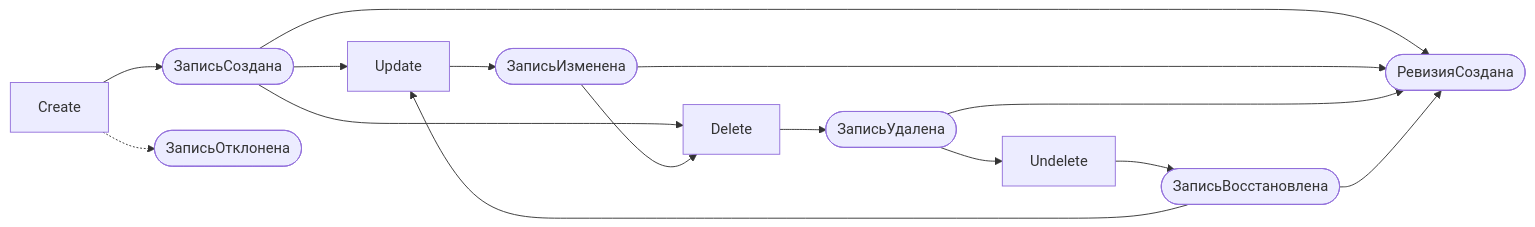
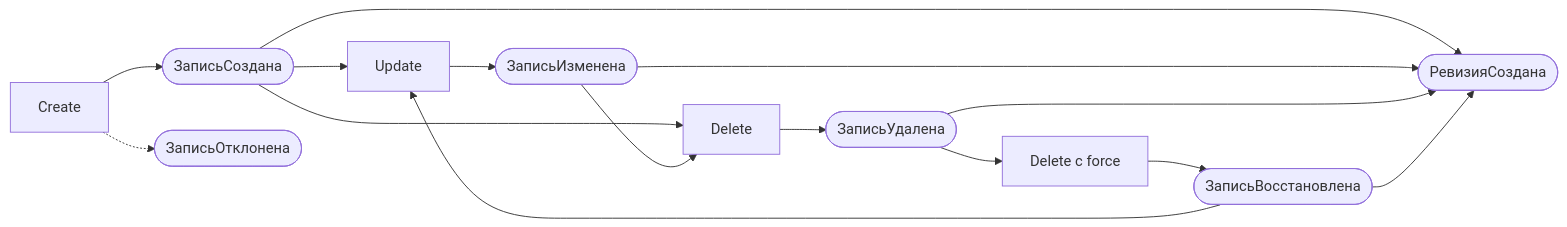
Before and after one commit to MEPhI-C22-501/arch-info-system-monorepo: the second of 3 diagrams in reference-manager/documents/040.event-storming.md, drawn with Mermaid. The commit also changed other lines of this file and 27 other files, not shown here.

````diff
--- a/reference-manager/documents/040.event-storming.md
+++ b/reference-manager/documents/040.event-storming.md
@@ -53,14 +53,14 @@
 ```mermaid
 flowchart LR
     C1["Create"] --> E1(["ЗаписьСоздана"])
     C1 -.-> X1(["ЗаписьОтклонена"])
     E1 --> C2["Update"]
     C2 --> E2(["ЗаписьИзменена"])
     E1 --> C3["Delete"]
     E2 --> C3
     C3 --> E3(["ЗаписьУдалена"])
-    E3 --> C4["Undelete"]
+    E3 --> C4["Delete с force"]
     C4 --> E4(["ЗаписьВосстановлена"])
     E4 --> C2
     E1 & E2 & E3 & E4 --> R(["РевизияСоздана"])
 ```
````
